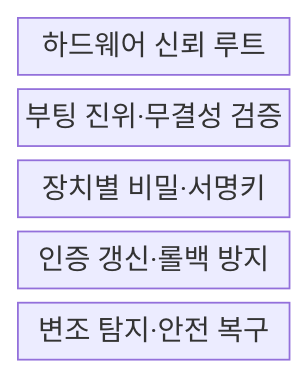
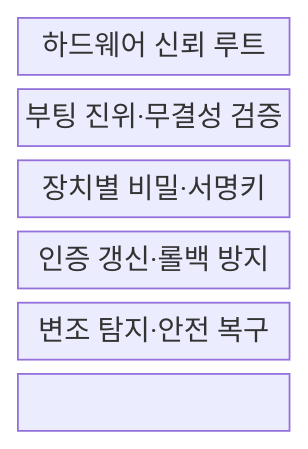
Before and after one commit to agnusdei1207/knowledge-base: the first of 2 diagrams in src/content/docs/notes/05-security/126_firmware_security.md, drawn with Mermaid. The commit also changed other lines of this file and 151 other files, not shown here.

````diff
--- a/src/content/docs/notes/05-security/126_firmware_security.md
+++ b/src/content/docs/notes/05-security/126_firmware_security.md
@@ -55,9 +55,11 @@
 ```mermaid
 block-beta
   columns 1
   R["하드웨어 신뢰 루트"]
   B["부팅 진위·무결성 검증"]
   K["장치별 비밀·서명키"]
   U["인증 갱신·롤백 방지"]
   C["변조 탐지·안전 복구"]
+  R --- B --- K
+  K --- U --- C
 ```
````
